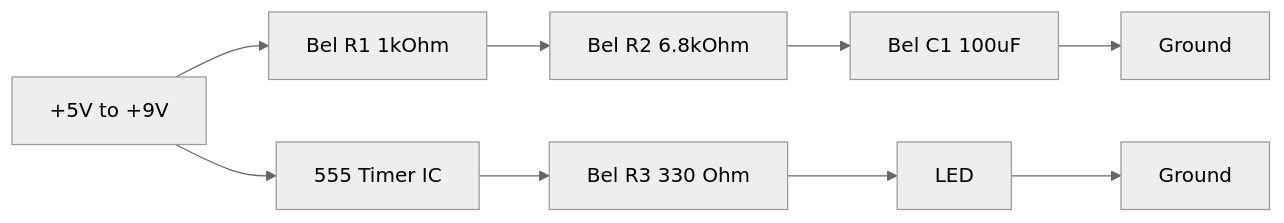
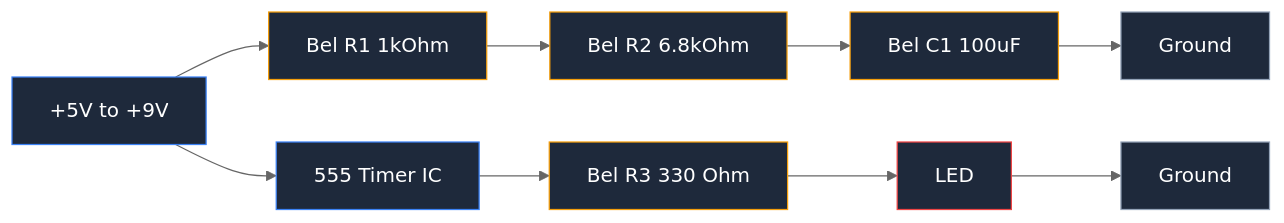
One commit to fakhir00/circuit-diagram-maker changed the fourth of 8 diagrams in src/content/blog/en/555-timer-circuit.md. Above: the diagram before and after it, drawn with Mermaid (neutral theme). The commit also changed other lines of this file, not shown here.

````diff
--- a/src/content/blog/en/555-timer-circuit.md
+++ b/src/content/blog/en/555-timer-circuit.md
@@ -164,11 +189,21 @@
 ```mermaid
 flowchart LR
     VCC[+5V to +9V] --> R1[Bel R1 1kOhm]
     R1 --> R2[Bel R2 6.8kOhm]
     R2 --> C1[Bel C1 100uF]
     C1 --> GND1[Ground]
     VCC --> IC[555 Timer IC]
     IC --> R3[Bel R3 330 Ohm]
     R3 --> LED[LED]
     LED --> GND2[Ground]
+    
+    style VCC fill:#1e293b,stroke:#3b82f6,color:#fff
+    style R1 fill:#1e293b,stroke:#f59e0b,color:#fff
+    style R2 fill:#1e293b,stroke:#f59e0b,color:#fff
+    style C1 fill:#1e293b,stroke:#f59e0b,color:#fff
+    style IC fill:#1e293b,stroke:#3b82f6,color:#fff
+    style R3 fill:#1e293b,stroke:#f59e0b,color:#fff
+    style LED fill:#1e293b,stroke:#ef4444,color:#fff
+    style GND1 fill:#1e293b,stroke:#94a3b8,color:#fff
+    style GND2 fill:#1e293b,stroke:#94a3b8,color:#fff
 ```
````
